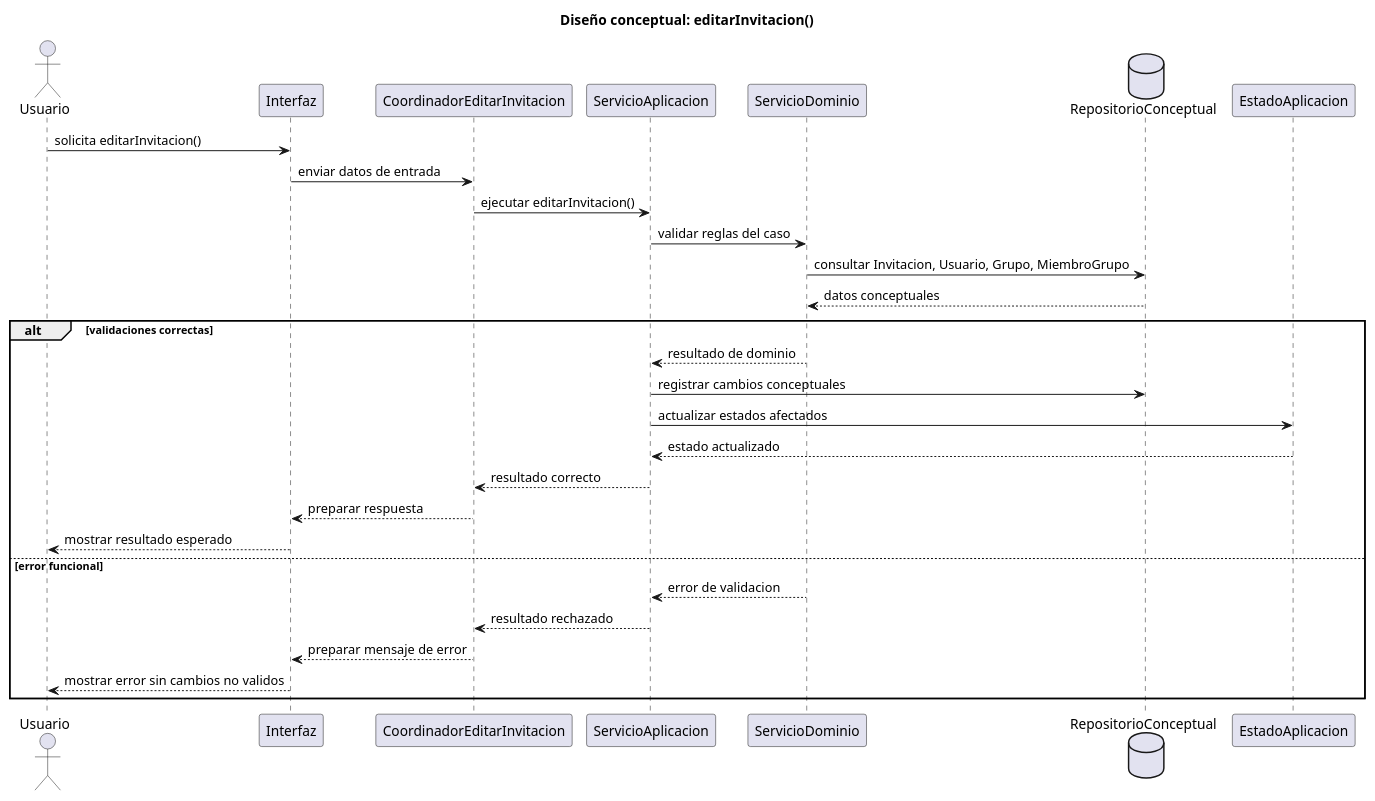
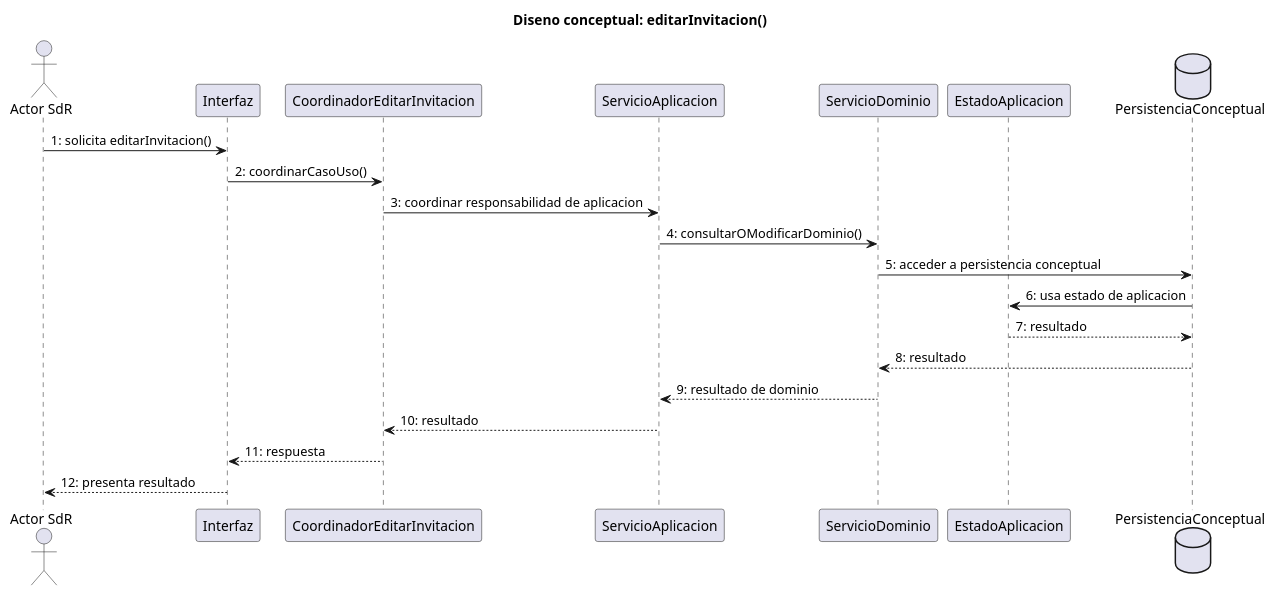
The diagram in documents/RUP/02-diseño/casos-uso/gestion-grupos/editarInvitacion/README.md (inigovaqueroo04/25-26-idsw2-sdVC), drawn with PlantUML before and after one commit. The commit also changed other lines of this file and 24 other files, not shown here.

Commit message:
docs: validar trazabilidad integral de diseno

````diff
--- a/documents/RUP/02-diseño/casos-uso/gestion-grupos/editarInvitacion/README.md
+++ b/documents/RUP/02-diseño/casos-uso/gestion-grupos/editarInvitacion/README.md
@@ -86,36 +85,27 @@
 ```plantuml
 @startuml editarInvitacion-diseno-secuencia
-title Diseño conceptual: editarInvitacion()
+title Diseno conceptual: editarInvitacion()
 
-actor "Usuario" as Usuario
+actor "Actor SdR" as Actor
 participant "Interfaz" as Interfaz
 participant "CoordinadorEditarInvitacion" as Coordinador
 participant "ServicioAplicacion" as ServicioAplicacion
 participant "ServicioDominio" as ServicioDominio
-database "RepositorioConceptual" as Repositorio
 participant "EstadoAplicacion" as EstadoAplicacion
+database "PersistenciaConceptual" as Persistencia
 
-Usuario -> Interfaz : solicita editarInvitacion()
-Interfaz -> Coordinador : enviar datos de entrada
-Coordinador -> ServicioAplicacion : ejecutar editarInvitacion()
-ServicioAplicacion -> ServicioDominio : validar reglas del caso
-ServicioDominio -> Repositorio : consultar Invitacion, Usuario, Grupo, MiembroGrupo
-Repositorio --> ServicioDominio : datos conceptuales
-
-alt validaciones correctas
-  ServicioDominio --> ServicioAplicacion : resultado de dominio
-  ServicioAplicacion -> Repositorio : registrar cambios conceptuales
-  ServicioAplicacion -> EstadoAplicacion : actualizar estados afectados
-  EstadoAplicacion --> ServicioAplicacion : estado actualizado
-  ServicioAplicacion --> Coordinador : resultado correcto
-  Coordinador --> Interfaz : preparar respuesta
-  Interfaz --> Usuario : mostrar resultado esperado
-else error funcional
-  ServicioDominio --> ServicioAplicacion : error de validacion
-  ServicioAplicacion --> Coordinador : resultado rechazado
-  Coordinador --> Interfaz : preparar mensaje de error
-  Interfaz --> Usuario : mostrar error sin cambios no validos
-end
+Actor -> Interfaz : 1: solicita editarInvitacion()
+Interfaz -> Coordinador : 2: coordinarCasoUso()
+Coordinador -> ServicioAplicacion : 3: coordinar responsabilidad de aplicacion
+ServicioAplicacion -> ServicioDominio : 4: consultarOModificarDominio()
+ServicioDominio -> Persistencia : 5: acceder a persistencia conceptual
+Persistencia -> EstadoAplicacion : 6: usa estado de aplicacion
+EstadoAplicacion --> Persistencia : 7: resultado
+Persistencia --> ServicioDominio : 8: resultado
+ServicioDominio --> ServicioAplicacion : 9: resultado de dominio
+ServicioAplicacion --> Coordinador : 10: resultado
+Coordinador --> Interfaz : 11: respuesta
+Interfaz --> Actor : 12: presenta resultado
 
 @enduml
 ```
````
